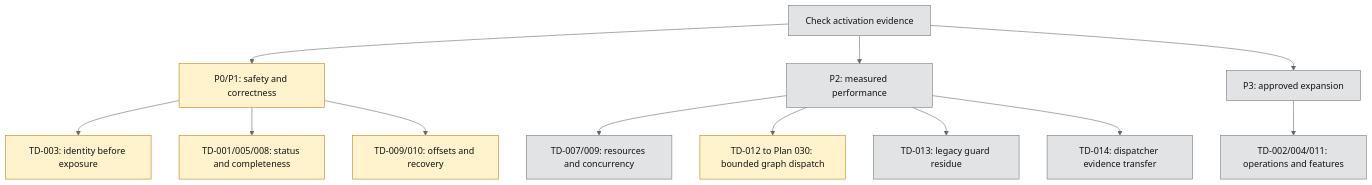
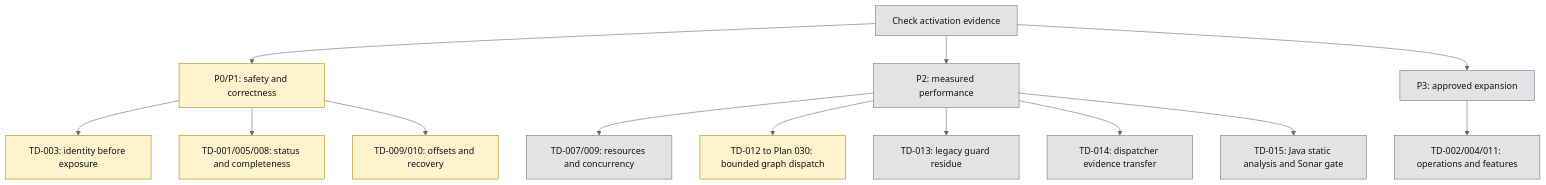
Before and after one commit to tanlocit9/omni: the diagram in docs/technical-debt/README.md, drawn with Mermaid (neutral theme). The commit also changed other lines of this file and 22 other files, not shown here.

````diff
--- a/docs/technical-debt/README.md
+++ b/docs/technical-debt/README.md
@@ -34,25 +40,26 @@
 ```mermaid
 flowchart TD
     Gate["Check activation evidence"]
     Gate --> Safety["P0/P1: safety and correctness"]
     Gate --> Measured["P2: measured performance"]
     Gate --> Later["P3: approved expansion"]
 
     Safety --> Identity["TD-003: identity before exposure"]
     Safety --> Data["TD-001/005/008: status and completeness"]
     Safety --> Kafka["TD-009/010: offsets and recovery"]
     Measured --> Resources["TD-007/009: resources and concurrency"]
     Measured --> Planner["TD-012 to Plan 030: bounded graph dispatch"]
     Measured --> GuardResidue["TD-013: legacy guard residue"]
     Measured --> DispatchResidue["TD-014: dispatcher evidence transfer"]
+    Measured --> JavaQuality["TD-015: Java static analysis and Sonar gate"]
     Later --> Features["TD-002/004/011: operations and features"]
 
     classDef done fill:#d5f5e3,stroke:#198754,color:#111;
     classDef active fill:#fff3cd,stroke:#b58105,color:#111;
     classDef pending fill:#e2e3e5,stroke:#6c757d,color:#111;
     classDef blocked fill:#f8d7da,stroke:#b02a37,color:#111;
     class Gate pending;
     class Safety,Identity,Data,Kafka active;
     class Planner active;
-    class Measured,Resources,GuardResidue,DispatchResidue,Later,Features pending;
+    class Measured,Resources,GuardResidue,DispatchResidue,JavaQuality,Later,Features pending;
 ```
````
